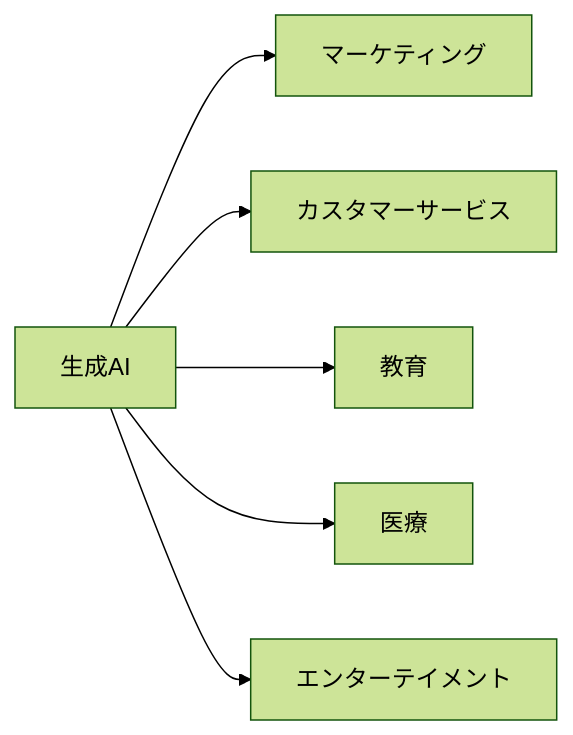
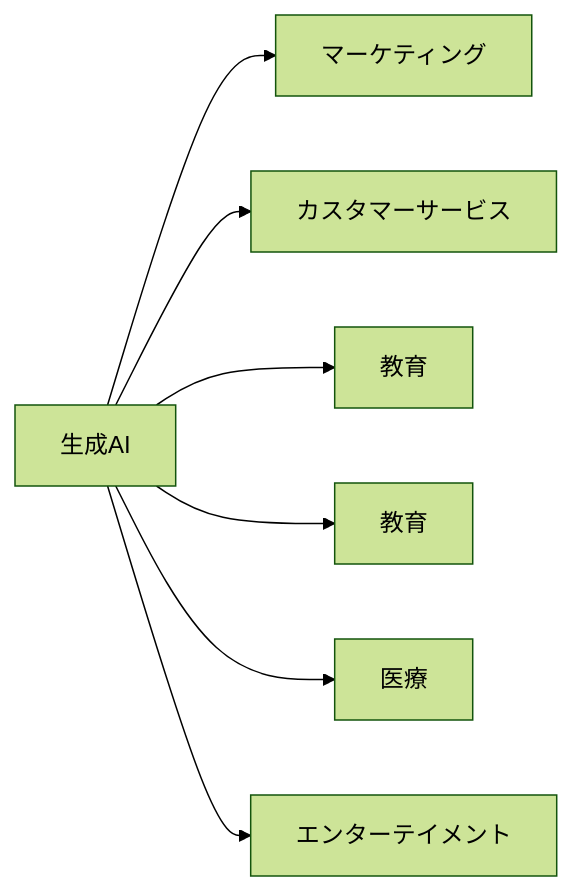
One commit to SparklingDetergent/doc_genai_About_the_origins_and_types_of_generative_AI changed the ninth of 11 diagrams in README.md. Above: the diagram before and after it, drawn with Mermaid (forest theme). The commit also changed other lines of this file, not shown here.

````diff
--- a/README.md
+++ b/README.md
@@ -162,8 +163,9 @@
 ```mermaid
 graph LR
     A[生成AI] --> B[マーケティング]
     A --> C[カスタマーサービス]
+    A --> G[教育]
     A --> D[教育]
     A --> E[医療]
     A --> F[エンターテイメント]
 ```
````
